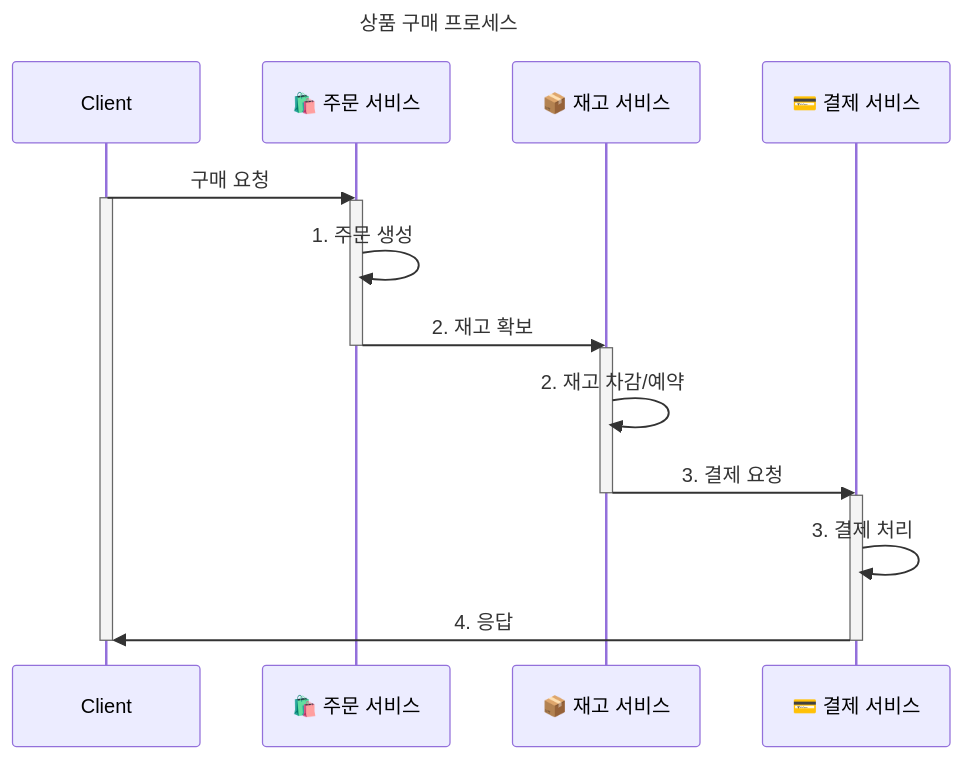
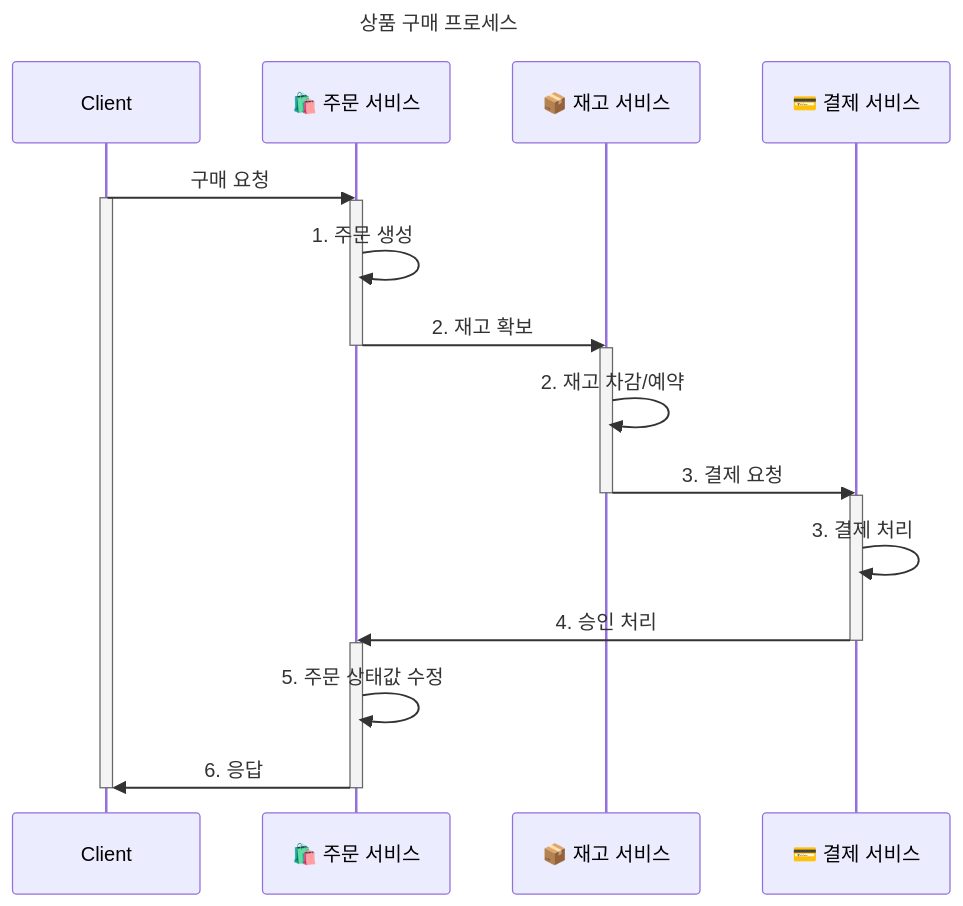
One commit to kimjunyoung90/saga-examples changed the diagram in README.md. Above: the diagram before and after it, drawn with Mermaid. The commit also changed other lines of this file, not shown here.

Commit message:
docs: readme 파일 수정

````diff
--- a/README.md
+++ b/README.md
@@ -26,31 +27,36 @@
 ```mermaid
 sequenceDiagram
     participant Client
     participant OS as 🛍️ 주문 서비스
     participant IS as 📦 재고 서비스
     participant PS as 💳 결제 서비스
 
     title 상품 구매 프로세스
 
     %% --- 성공 흐름 (왼쪽) ---
         Client->> OS: 구매 요청
         activate Client
     
         activate OS
         OS->>OS: 1. 주문 생성
         OS->>IS: 2. 재고 확보
         deactivate OS
 
         activate IS
         IS->>IS: 2. 재고 차감/예약
         IS->>PS: 3. 결제 요청
         deactivate IS
         
         activate PS
         PS->>PS: 3. 결제 처리
-        PS->>Client: 4. 응답
+        PS->>OS: 4. 승인 처리
         deactivate PS
+        
+        activate OS
+        OS->>OS: 5. 주문 상태값 수정
+        OS->>Client: 6. 응답
+        deactivate OS
         
         
         deactivate Client
 ```
````
